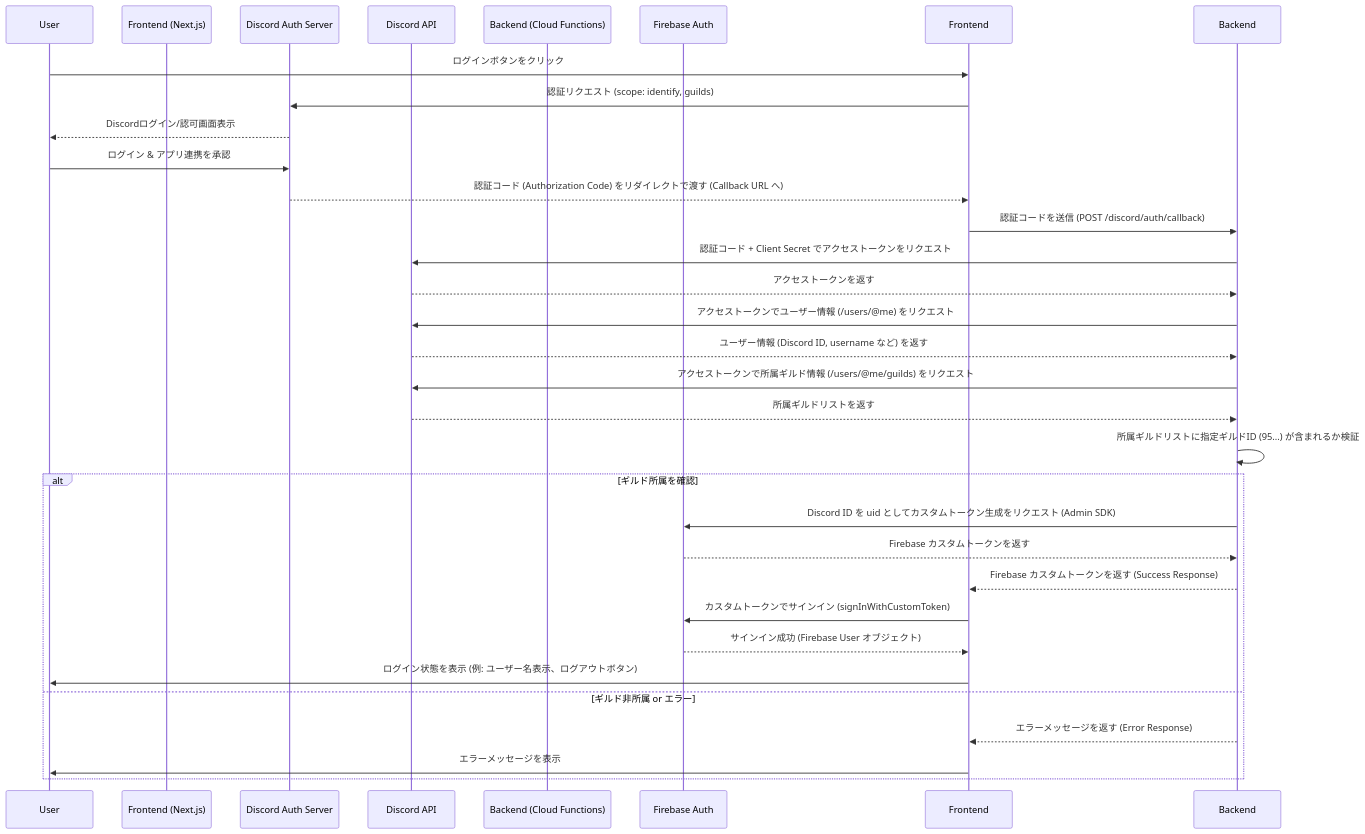
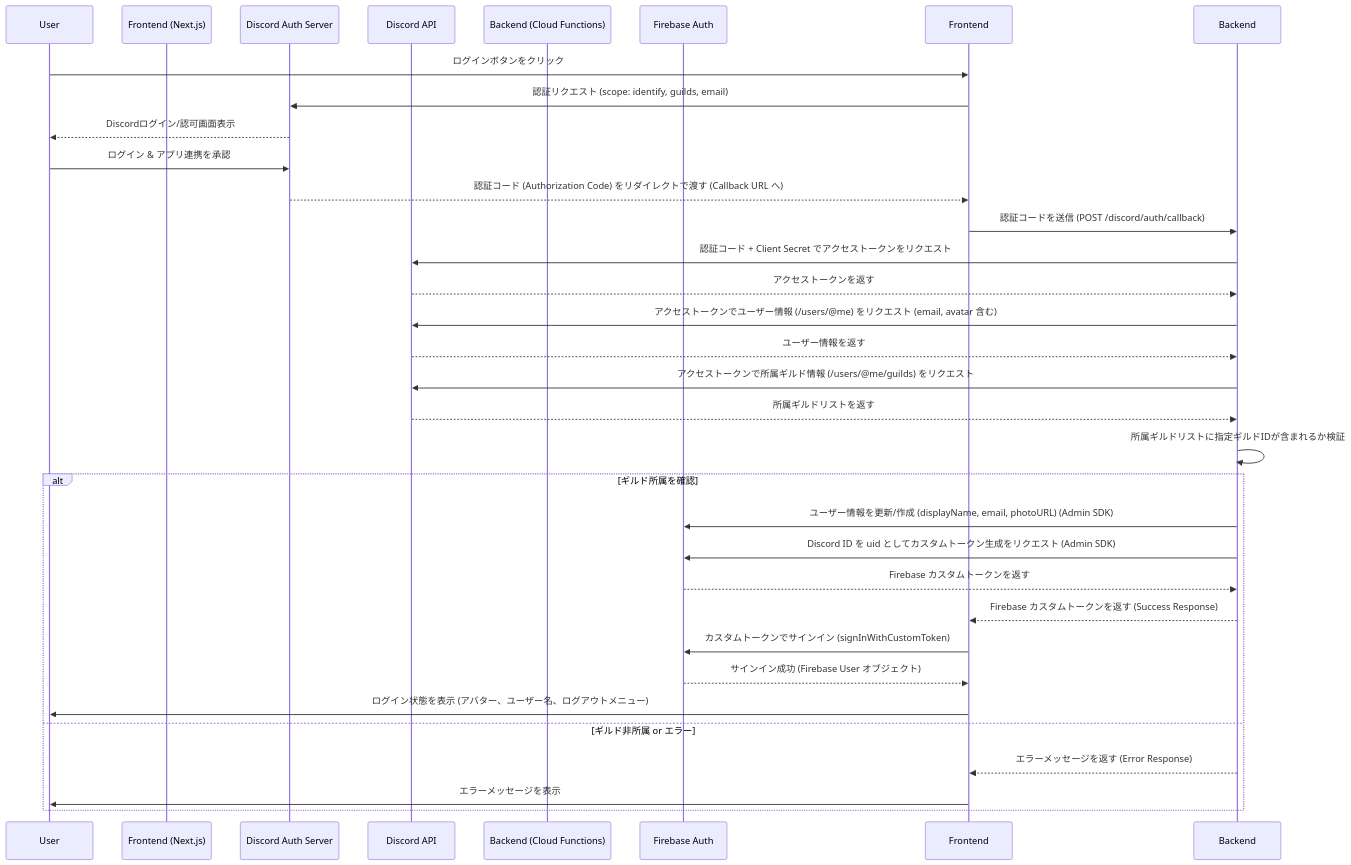
Before and after one commit to nothink-jp/suzumina.click: the diagram in docs/AUTH_DESIGN.md, drawn with Mermaid. The commit also changed other lines of this file and 2 other files, not shown here.

````diff
--- a/docs/AUTH_DESIGN.md
+++ b/docs/AUTH_DESIGN.md
@@ -21,34 +19,35 @@
 ```mermaid
 sequenceDiagram
     participant User
     participant Frontend (Next.js)
     participant DiscordAuth as Discord Auth Server
     participant DiscordAPI as Discord API
     participant Backend (Cloud Functions)
     participant FirebaseAuth as Firebase Auth
 
     User->>Frontend: ログインボタンをクリック
-    Frontend->>DiscordAuth: 認証リクエスト (scope: identify, guilds)
+    Frontend->>DiscordAuth: 認証リクエスト (scope: identify, guilds, email)
     DiscordAuth-->>User: Discordログイン/認可画面表示
     User->>DiscordAuth: ログイン & アプリ連携を承認
     DiscordAuth-->>Frontend: 認証コード (Authorization Code) をリダイレクトで渡す (Callback URL へ)
     Frontend->>Backend: 認証コードを送信 (POST /discord/auth/callback)
     Backend->>DiscordAPI: 認証コード + Client Secret でアクセストークンをリクエスト
     DiscordAPI-->>Backend: アクセストークンを返す
-    Backend->>DiscordAPI: アクセストークンでユーザー情報 (/users/@me) をリクエスト
-    DiscordAPI-->>Backend: ユーザー情報 (Discord ID, username など) を返す
+    Backend->>DiscordAPI: アクセストークンでユーザー情報 (/users/@me) をリクエスト (email, avatar 含む)
+    DiscordAPI-->>Backend: ユーザー情報を返す
     Backend->>DiscordAPI: アクセストークンで所属ギルド情報 (/users/@me/guilds) をリクエスト
     DiscordAPI-->>Backend: 所属ギルドリストを返す
-    Backend->>Backend: 所属ギルドリストに指定ギルドID (95...) が含まれるか検証
+    Backend->>Backend: 所属ギルドリストに指定ギルドIDが含まれるか検証
     alt ギルド所属を確認
+        Backend->>FirebaseAuth: ユーザー情報を更新/作成 (displayName, email, photoURL) (Admin SDK)
         Backend->>FirebaseAuth: Discord ID を uid としてカスタムトークン生成をリクエスト (Admin SDK)
         FirebaseAuth-->>Backend: Firebase カスタムトークンを返す
         Backend-->>Frontend: Firebase カスタムトークンを返す (Success Response)
         Frontend->>FirebaseAuth: カスタムトークンでサインイン (signInWithCustomToken)
         FirebaseAuth-->>Frontend: サインイン成功 (Firebase User オブジェクト)
-        Frontend->>User: ログイン状態を表示 (例: ユーザー名表示、ログアウトボタン)
+        Frontend->>User: ログイン状態を表示 (アバター、ユーザー名、ログアウトメニュー)
     else ギルド非所属 or エラー
         Backend-->>Frontend: エラーメッセージを返す (Error Response)
         Frontend->>User: エラーメッセージを表示
     end
 ```
````
